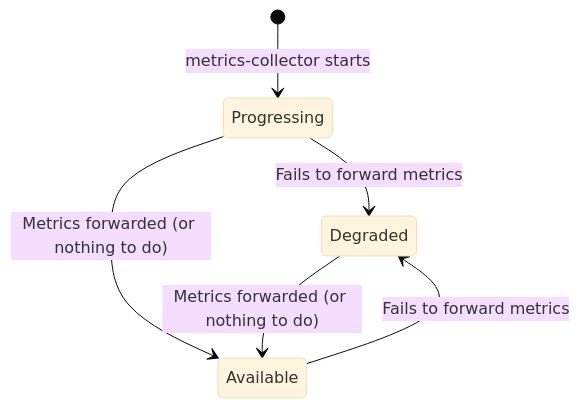
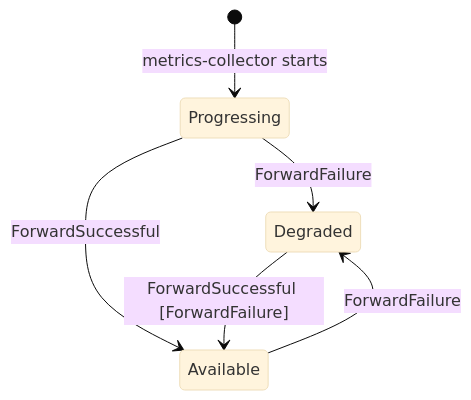
The fourth of 4 diagrams in operators/endpointmetrics/doc/design/addon-status.md (stolostron/multicluster-observability-operator), drawn with Mermaid (base theme) before and after one commit. The commit also changed other lines of this file, not shown here.

````diff
--- a/operators/endpointmetrics/doc/design/addon-status.md
+++ b/operators/endpointmetrics/doc/design/addon-status.md
@@ -72,8 +164,8 @@
 ```mermaid
 stateDiagram-v2
     [*] --> Progressing: metrics-collector starts
-    Progressing --> Degraded: Fails to forward metrics
-    Progressing --> Available: Metrics forwarded (or nothing to do)
-    Degraded --> Available: Metrics forwarded (or nothing to do)
-    Available --> Degraded: Fails to forward metrics
+    Progressing --> Degraded: ForwardFailure
+    Progressing --> Available: ForwardSuccessful
+    Degraded --> Available: ForwardSuccessful [ForwardFailure]
+    Available --> Degraded: ForwardFailure
 ```
````
